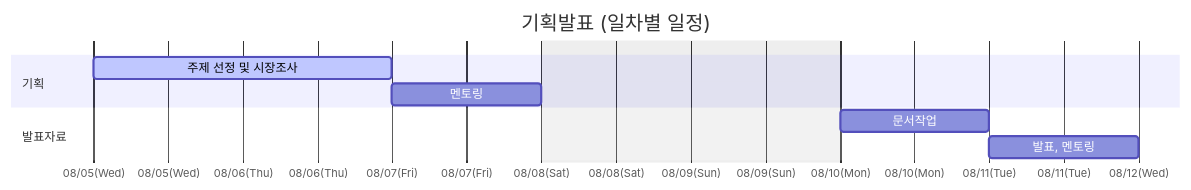
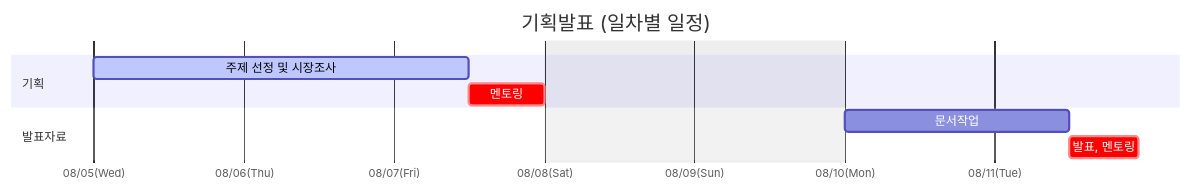
Before and after one commit to SAJOYO/.github: the second of 4 diagrams in profile/README.md, drawn with Mermaid.

Commit message:
Update planning presentation schedule in gantt chart

````diff
--- a/profile/README.md
+++ b/profile/README.md
@@ -31,20 +31,19 @@
 ```mermaid
 gantt
     title 기획발표 (일차별 일정)
-    dateFormat  YYYY-MM-DD
+    dateFormat  YYYY-MM-DD HH:mm
     
-    %% 축을 월/일(요일) 형태로 표시하고 0.5일 단위로 눈금을 끕니다
-    %% axisFormat Day %j
+    %% 반나절 단위는 dateFormat에 시간을 넣어 표현합니다 (오전 09:00~13:00 / 오후 13:00~18:00)
     axisFormat %m/%d(%a)
-    tickInterval 0.5day
+    tickInterval 1day
     excludes weekends
 
     section 기획
-    주제 선정 및 시장조사       : active, a1, 2026-08-05, 2d
-    멘토링                  : a2, after a1, 1d
+    주제 선정 및 시장조사       : active, a1, 2026-08-05 00:00, 2026-08-07 12:00
+    멘토링                  : crit, a2, 2026-08-07 12:00, 2026-08-08 00:00
 
     section 발표자료
-    문서작업                 : b1, after a2, 1d
-    발표, 멘토링              : b2, after b1, 1d
+    문서작업                 : b1, 2026-08-10 00:00, 2026-08-11 12:00
+    발표, 멘토링              : crit, b2, 2026-08-11 12:00, 2026-08-11 23:00
 
 ```
````
